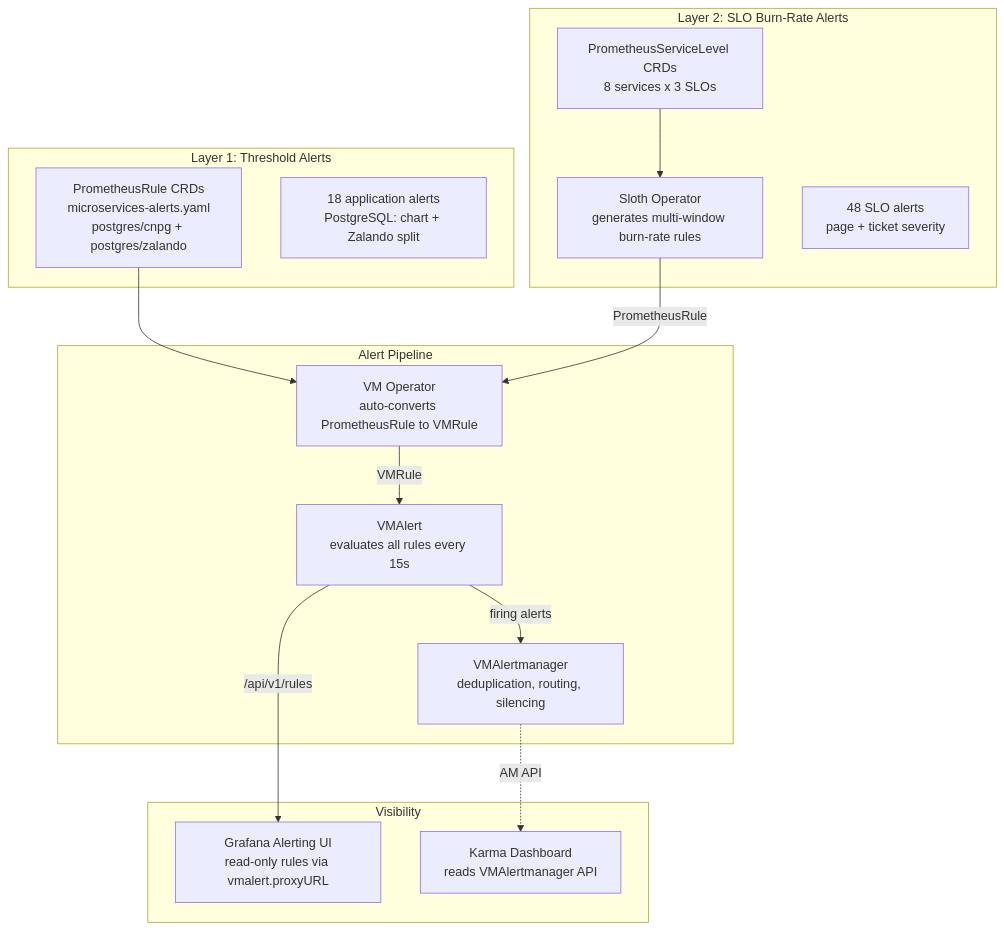
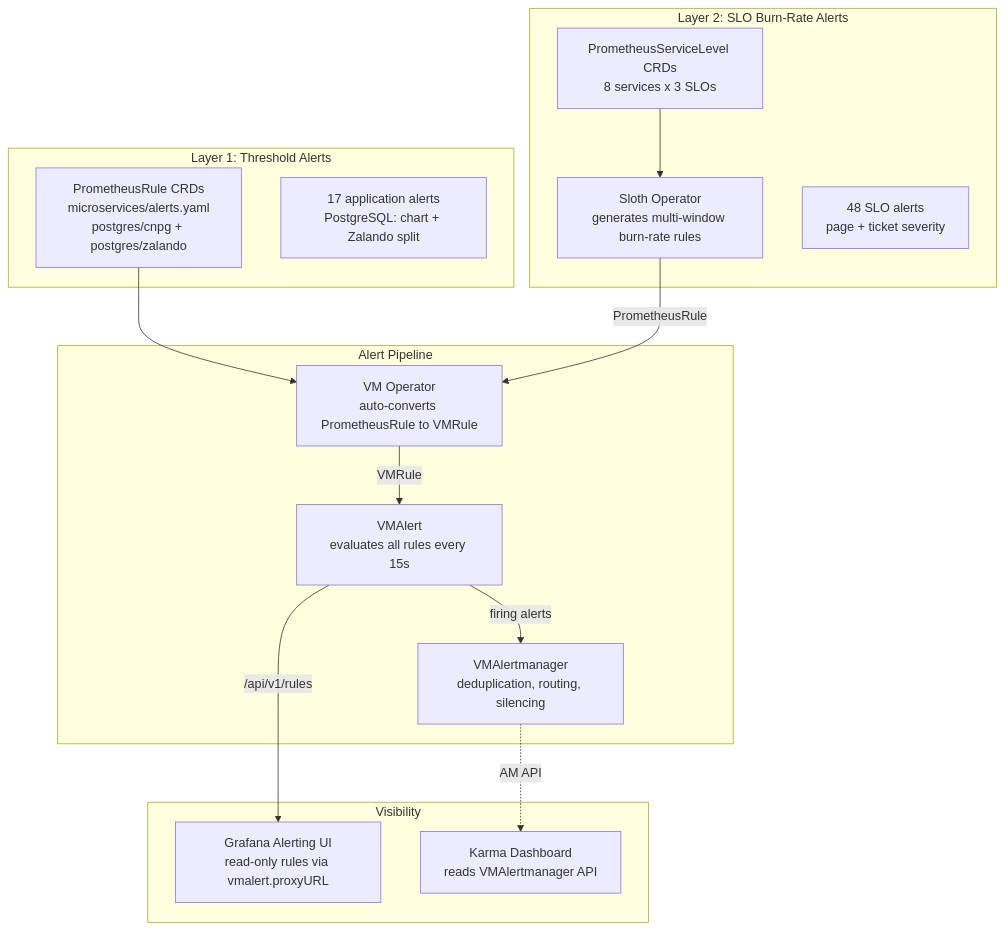
Before and after one commit to duynhlab/homelab: the second of 3 diagrams in docs/observability/alerting/README.md, drawn with Mermaid. The commit also changed other lines of this file and 11 other files, not shown here.

````diff
--- a/docs/observability/alerting/README.md
+++ b/docs/observability/alerting/README.md
@@ -80,32 +80,32 @@
 ```mermaid
 flowchart TD
     subgraph layer1 ["Layer 1: Threshold Alerts"]
-        PR1["PrometheusRule CRDs<br/>microservices-alerts.yaml<br/>postgres/cnpg + postgres/zalando"]
-        T1["18 application alerts<br/>PostgreSQL: chart + Zalando split"]
+        PR1["PrometheusRule CRDs<br/>microservices/alerts.yaml<br/>postgres/cnpg + postgres/zalando"]
+        T1["17 application alerts<br/>PostgreSQL: chart + Zalando split"]
     end
 
     subgraph layer2 ["Layer 2: SLO Burn-Rate Alerts"]
         PSL["PrometheusServiceLevel CRDs<br/>8 services x 3 SLOs"]
         Sloth["Sloth Operator<br/>generates multi-window burn-rate rules"]
         T2["48 SLO alerts<br/>page + ticket severity"]
     end
 
     subgraph pipeline ["Alert Pipeline"]
         VMOp["VM Operator<br/>auto-converts PrometheusRule to VMRule"]
         VMAlert["VMAlert<br/>evaluates all rules every 15s"]
         VMAM["VMAlertmanager<br/>deduplication, routing, silencing"]
     end
 
     subgraph viz [Visibility]
         Grafana["Grafana Alerting UI<br/>read-only rules via vmalert.proxyURL"]
         Karma["Karma Dashboard<br/>reads VMAlertmanager API"]
     end
 
     PR1 --> VMOp
     PSL --> Sloth
     Sloth -->|"PrometheusRule"| VMOp
     VMOp -->|"VMRule"| VMAlert
     VMAlert -->|"firing alerts"| VMAM
     VMAlert -->|"/api/v1/rules"| Grafana
     VMAM -.->|"AM API"| Karma
 ```
````
